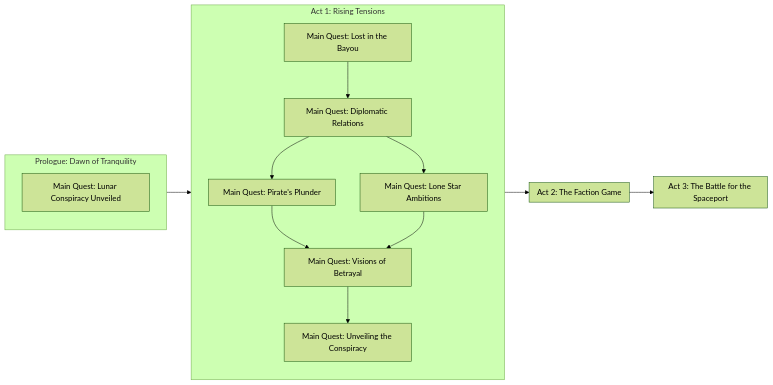
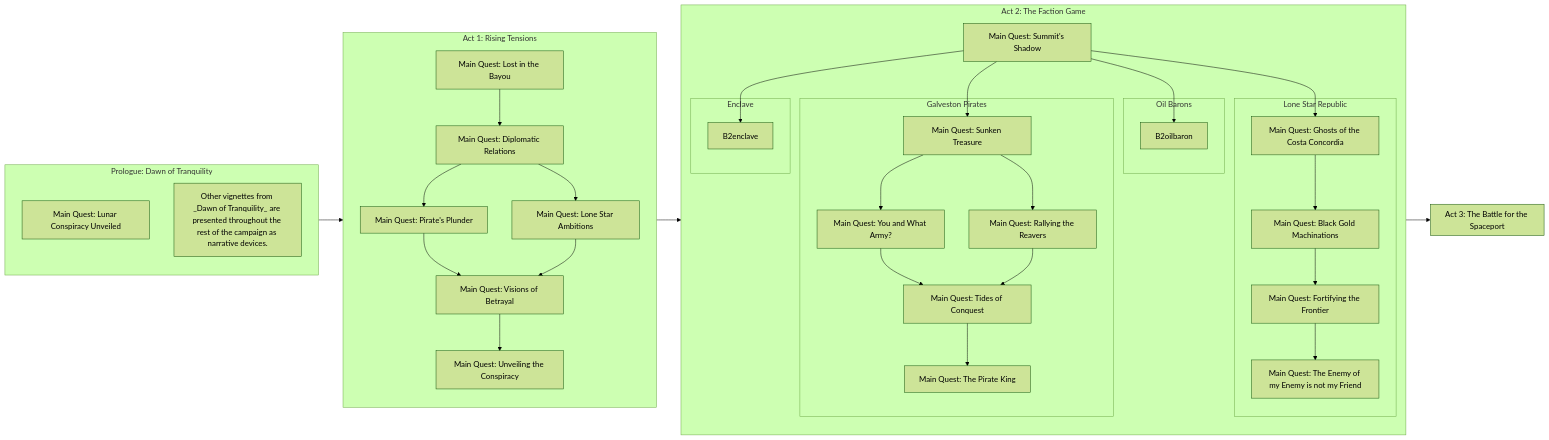
Before and after one commit to qthequartermasterman/fallout-houston-campaign: the diagram in docs/Story/outline.md, drawn with Mermaid (forest theme).

Commit message:
fix: improve story outline flowchart

````diff
--- a/docs/Story/outline.md
+++ b/docs/Story/outline.md
@@ -5,25 +5,56 @@
 ``` mermaid
 flowchart LR
     subgraph prologue["Prologue: Dawn of Tranquility"]
         P1[Main Quest: Lunar Conspiracy Unveiled]
+        P_rest[Other vignettes from _Dawn of Tranquility_ are presented throughout the rest of the campaign as narrative devices.]
     end
     subgraph act1["Act 1: Rising Tensions"]
         A1[Main Quest: Lost in the Bayou];
         A2[Main Quest: Diplomatic Relations];
         A3[Main Quest: Pirate's Plunder];
         A4[Main Quest: Lone Star Ambitions];
         A5[Main Quest: Visions of Betrayal];
         A6[Main Quest: Unveiling the Conspiracy];
         A1 --> A2;
         A2 --> A3;
         A2 --> A4;
         A3 --> A5;
         A4 --> A5;
         A5 --> A6;
     end
-    subgraph act2["Act 2: The Faction Game"]
+    subgraph act2[Act 2: The Faction Game]
+        B1[Main Quest: Summit's Shadow]
+        subgraph pirate["Galveston Pirates"]
+            B2pirate[Main Quest: Sunken Treasure]
+            B3pirate[Main Quest: You and What Army?]
+            B4pirate[Main Quest: Rallying the Reavers]
+            B5pirate[Main Quest: Tides of Conquest]
+            B6pirate[Main Quest: The Pirate King] 
+            
+            B2pirate --> B3pirate --> B5pirate --> B6pirate;
+            B2pirate--> B4pirate --> B5pirate;
+        end
+        subgraph oilbaron["Oil Barons"]
+            B2oilbaron
+        end
+        subgraph lsr["Lone Star Republic"]
+            B2lsr[Main Quest: Ghosts of the Costa Concordia]
+            B3lsr[Main Quest: Black Gold Machinations]
+            B4lsr[Main Quest: Fortifying the Frontier]
+            B5lsr[Main Quest: The Enemy of my Enemy is not my Friend]
+            
+            B2lsr --> B3lsr --> B4lsr --> B5lsr;
+        end
+        subgraph enclave["Enclave"]
+            B2enclave
+        end
+        
+        B1 --> B2pirate;
+        B1 --> B2lsr;
+        B1 --> B2oilbaron;
+        B1 --> B2enclave;
     end
     subgraph act3["Act 3: The Battle for the Spaceport"]
     end
     prologue --> act1 --> act2 --> act3;
 ```
````
